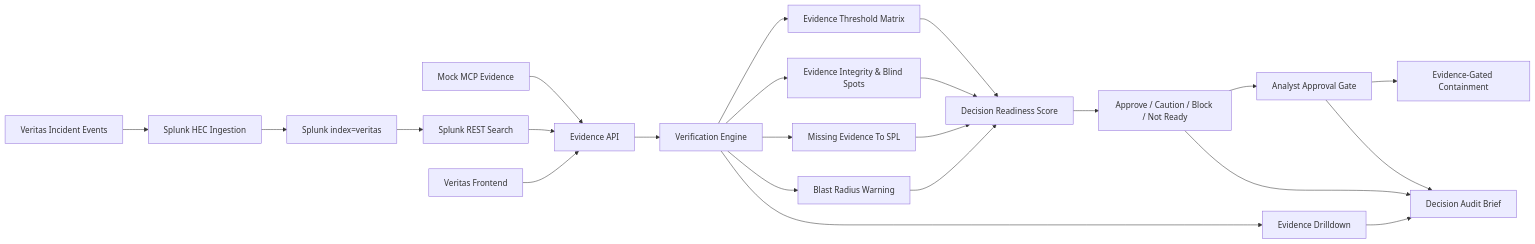
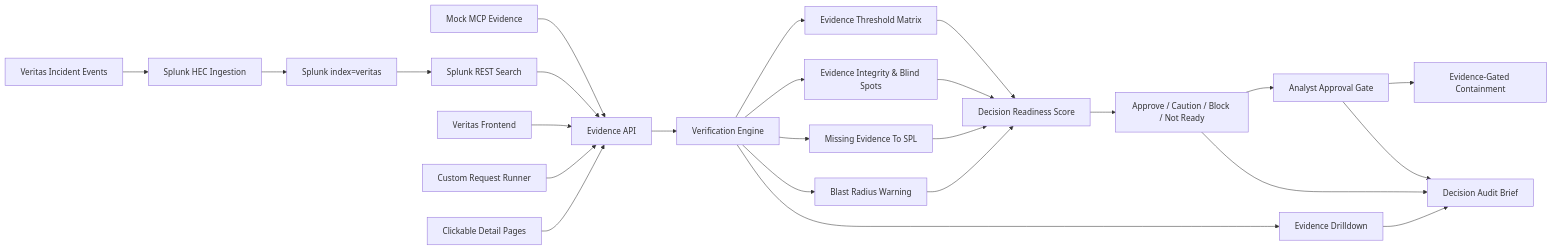
Before and after one commit to cyberrockng/splunk-veritas-ai: the diagram in architecture_diagram.md, drawn with Mermaid. The commit also changed other lines of this file and 11 other files, not shown here.

Commit message:
Polish Veritas final submission flow

````diff
--- a/architecture_diagram.md
+++ b/architecture_diagram.md
@@ -3,25 +3,27 @@
 ```mermaid
 flowchart LR
   A["Veritas Incident Events"] --> B["Splunk HEC Ingestion"]
   B --> C["Splunk index=veritas"]
   D["Mock MCP Evidence"] --> G["Evidence API"]
   C --> E["Splunk REST Search"]
   E --> G
   F["Veritas Frontend"] --> G
+  S["Custom Request Runner"] --> G
   G --> H["Verification Engine"]
   H --> I["Evidence Threshold Matrix"]
   H --> J["Evidence Integrity & Blind Spots"]
   H --> K["Missing Evidence To SPL"]
   H --> L["Blast Radius Warning"]
   H --> Q["Evidence Drilldown"]
   I --> M["Decision Readiness Score"]
   J --> M
   K --> M
   L --> M
   M --> N["Approve / Caution / Block / Not Ready"]
   N --> R["Analyst Approval Gate"]
   R --> O["Evidence-Gated Containment"]
   N --> P["Decision Audit Brief"]
   Q --> P
   R --> P
+  T["Clickable Detail Pages"] --> G
 ```
````
